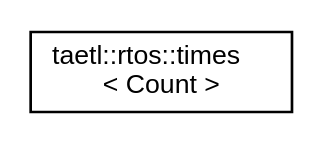
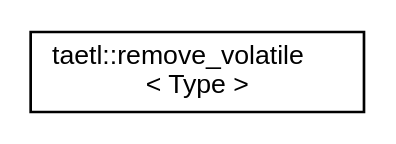
One commit to tobanteAudio/taetl changed the diagram in inherit_graph_37.dot. Above: the diagram before and after it, drawn with Graphviz. The commit also changed 168 other files, not shown here.

```diff
--- a/inherit_graph_37.dot
+++ b/inherit_graph_37.dot
@@ -1,7 +1,7 @@
 digraph "Graphical Class Hierarchy"
 {
   edge [fontname="Helvetica",fontsize="10",labelfontname="Helvetica",labelfontsize="10"];
   node [fontname="Helvetica",fontsize="10",shape=record];
   rankdir="LR";
-  Node0 [label="taetl::rtos::times\l\< Count \>",height=0.2,width=0.4,color="black", fillcolor="white", style="filled",URL="$structtaetl_1_1rtos_1_1times.html",tooltip="Runs the task loop Count times. "];
+  Node0 [label="taetl::remove_volatile\l\< Type \>",height=0.2,width=0.4,color="black", fillcolor="white", style="filled",URL="$structtaetl_1_1remove__volatile.html"];
 }
```
